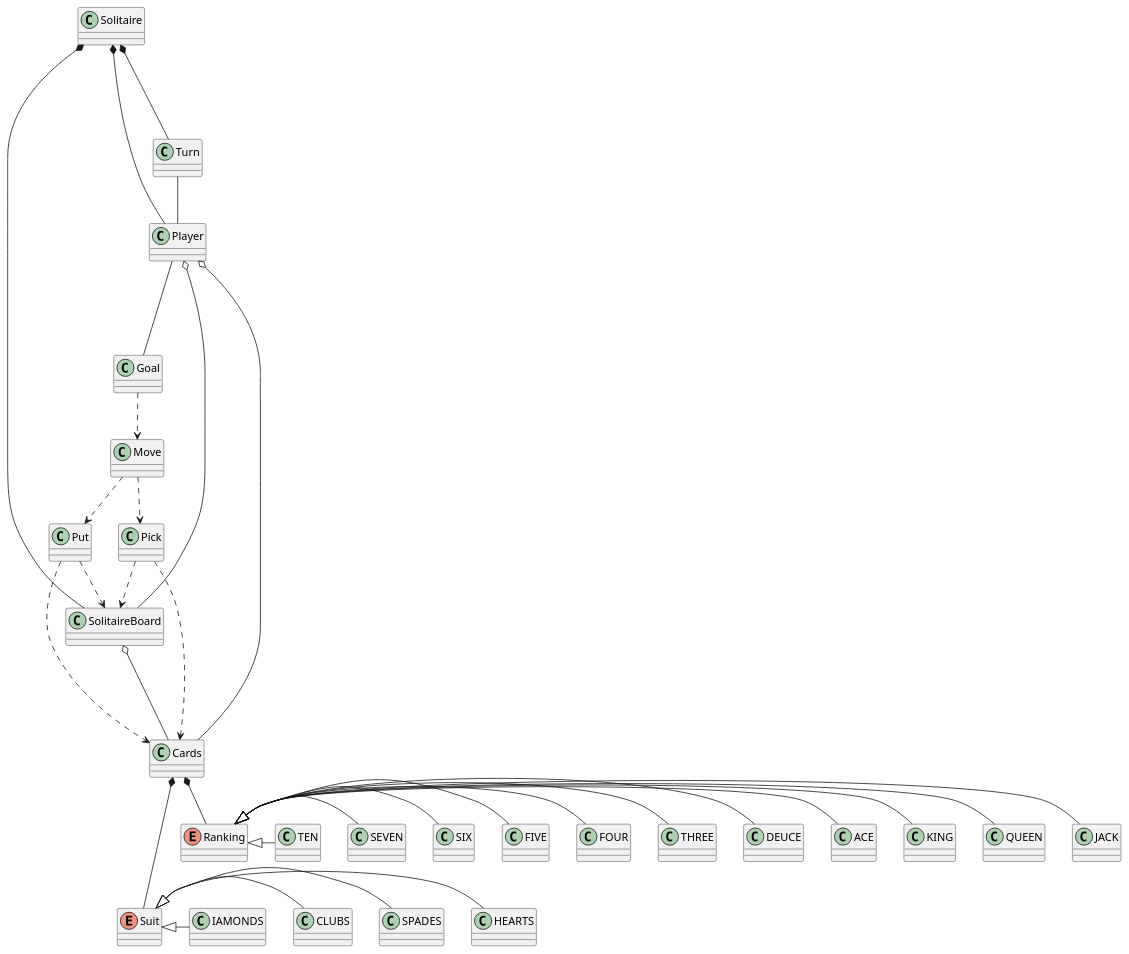
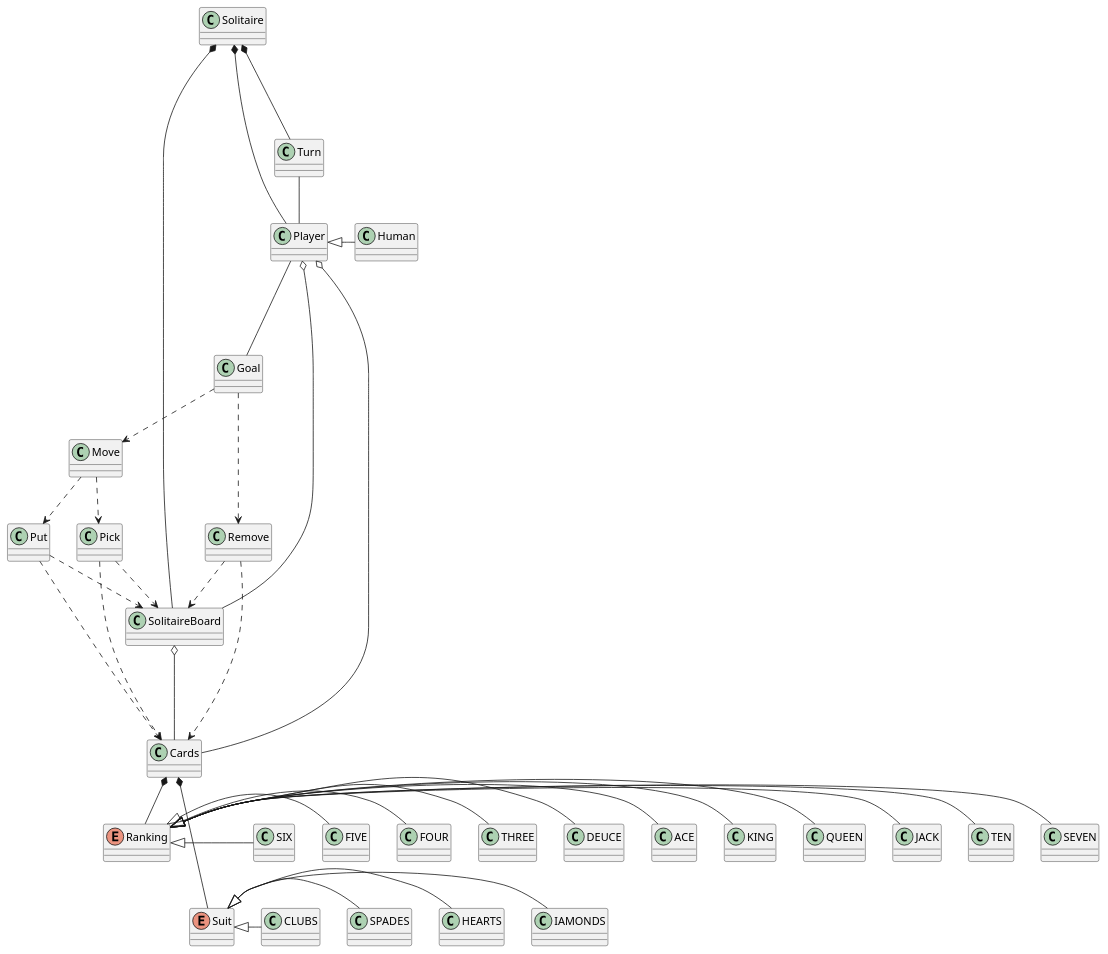
The diagram in diagrama de dominio/SolitaryDomianClass.plantuml (sergiomendez2/solitairegame), drawn with PlantUML before and after one commit. The commit also changed 2 other files, not shown here.

```diff
--- a/diagrama de dominio/SolitaryDomianClass.plantuml
+++ b/diagrama de dominio/SolitaryDomianClass.plantuml
@@ -1,47 +1,52 @@
 @startuml
 Class Solitaire
 Class Goal
 Class Player
 Class Turn
 Class Move
 Class SolitaireBoard
 Class Cards
 Class Put
 Class Pick
 Enum Suit
 Enum Ranking
 Player o-down-SolitaireBoard
 Player o-down-Cards
 Turn -down- Player
 Solitaire*--down-Turn
 Solitaire*--down-Player
+Player<|- Human
 Solitaire*--down-SolitaireBoard
 SolitaireBoard o--down-Cards
 Goal ..>Move
 Move ..>Pick
 Move ..>Put
 Put..>Cards
 Pick ..>Cards
 Player O--down- Goal
 Cards*--down-Suit
 Suit<|-CLUBS
 Suit<|-DIAMONDS
 Suit<|-HEARTS
 Suit<|-SPADES
 Cards*-- Ranking
 Ranking<|- DEUCE
 Ranking<|- THREE
 Ranking<|- FOUR
 Ranking<|- FIVE
 Ranking<|- SIX
 Ranking<|- SEVEN
 Ranking<|- TEN
 Ranking<|- JACK
 Ranking<|- QUEEN
 Ranking<|- KING
 Ranking<|- ACE
 
 Put..>SolitaireBoard
 Pick..>SolitaireBoard
+Remove..>SolitaireBoard
+Remove..>Cards
+Goal..>Remove
+
 
 @enduml
```
